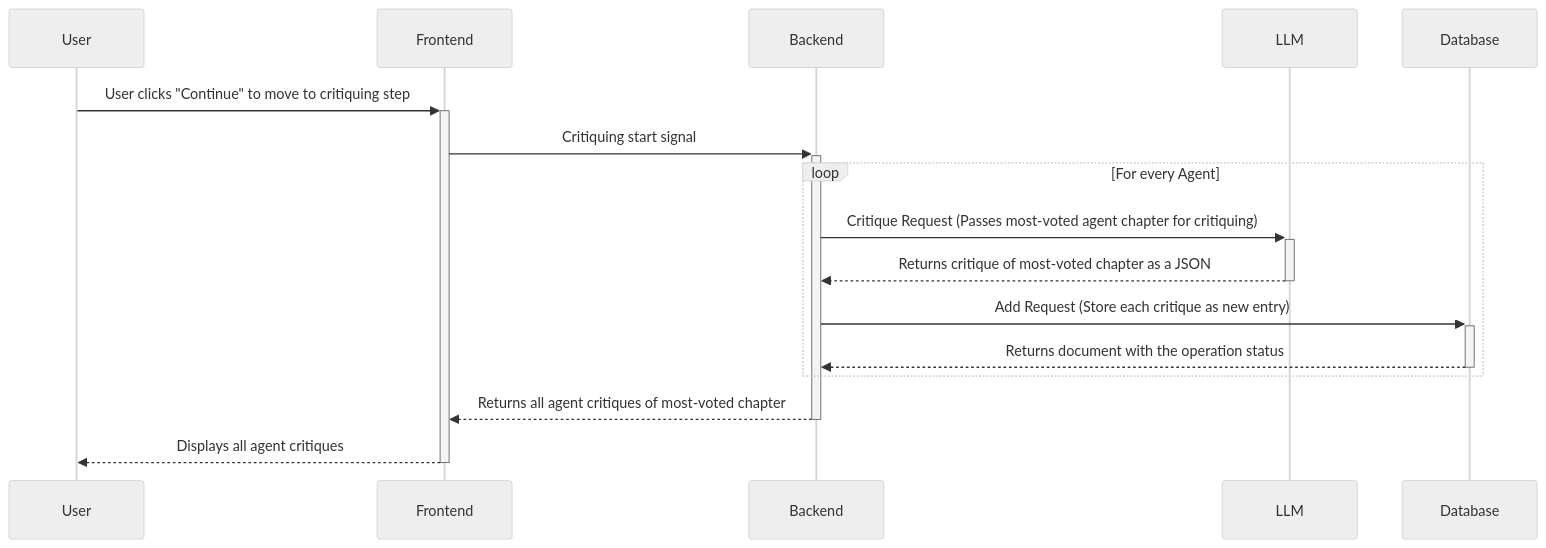
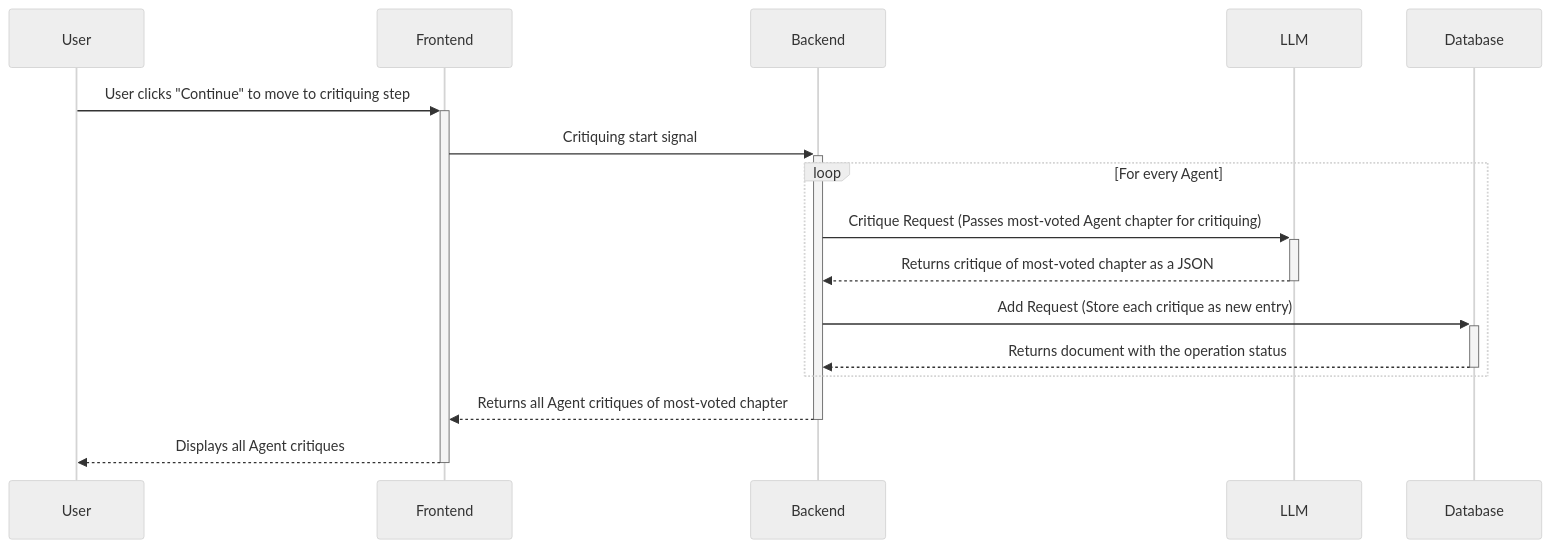
The ninth of 10 diagrams in documentation/docs/system-architecture/sequence-diagrams.md (Capstone-Projects-2025-Spring/project-003-story-builder-team-1), drawn with Mermaid (neutral theme) before and after one commit. The commit also changed other lines of this file, not shown here.

Commit message:
Added missing sequence diagram and capitalized agent throughout

````diff
--- a/documentation/docs/system-architecture/sequence-diagrams.md
+++ b/documentation/docs/system-architecture/sequence-diagrams.md
@@ -164,18 +185,18 @@
 ```mermaid
 sequenceDiagram
     participant User
     participant Frontend
     participant Backend
     participant LLM
     participant Database
     User->>+Frontend: User clicks "Continue" to move to critiquing step
     Frontend->>+Backend: Critiquing start signal
     loop For every Agent
-        Backend->>+LLM: Critique Request (Passes most-voted agent chapter for critiquing)
+        Backend->>+LLM: Critique Request (Passes most-voted Agent chapter for critiquing)
         LLM-->>-Backend: Returns critique of most-voted chapter as a JSON
         Backend->>+Database: Add Request (Store each critique as new entry)
         Database-->>-Backend: Returns document with the operation status
     end
-    Backend-->>-Frontend: Returns all agent critiques of most-voted chapter
-    Frontend-->>-User: Displays all agent critiques
+    Backend-->>-Frontend: Returns all Agent critiques of most-voted chapter
+    Frontend-->>-User: Displays all Agent critiques
 ```
````
